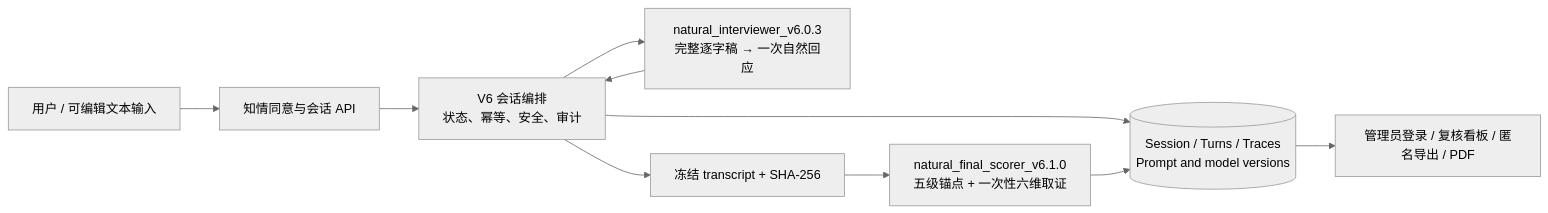
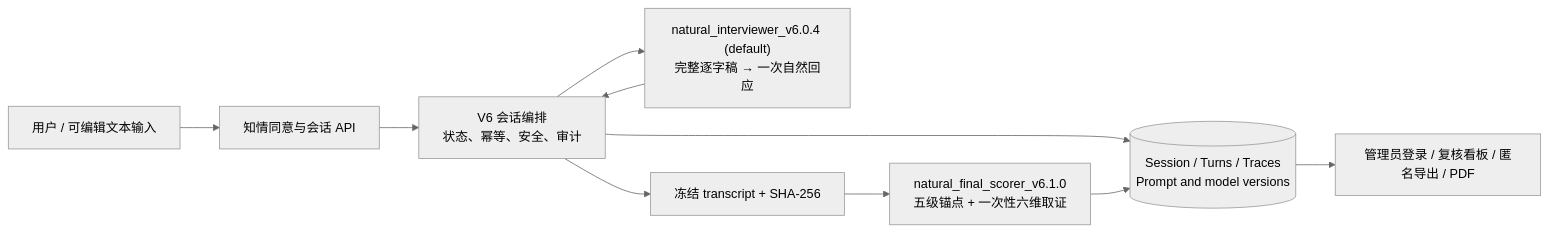
One commit to aBcDd-zm/critical-thinking-assessment-v6 changed the first of 2 diagrams in docs/ARCHITECTURE.md. Above: the diagram before and after it, drawn with Mermaid (neutral theme). The commit also changed other lines of this file and 16 other files, not shown here.

Commit message:
feat(v6): add natural interviewer v6.0.4 candidate

````diff
--- a/docs/ARCHITECTURE.md
+++ b/docs/ARCHITECTURE.md
@@ -5,12 +5,12 @@
 ```mermaid
 flowchart LR
     U["用户 / 可编辑文本输入"] --> C["知情同意与会话 API"]
     C --> S["V6 会话编排\n状态、幂等、安全、审计"]
-    S --> I["natural_interviewer_v6.0.3\n完整逐字稿 → 一次自然回应"]
+    S --> I["natural_interviewer_v6.0.4 (default)\n完整逐字稿 → 一次自然回应"]
     I --> S
     S --> D[("Session / Turns / Traces\nPrompt and model versions")]
     S --> F["冻结 transcript + SHA-256"]
     F --> R["natural_final_scorer_v6.1.0\n五级锚点 + 一次性六维取证"]
     R --> D
     D --> A["管理员登录 / 复核看板 / 匿名导出 / PDF"]
 ```
````
